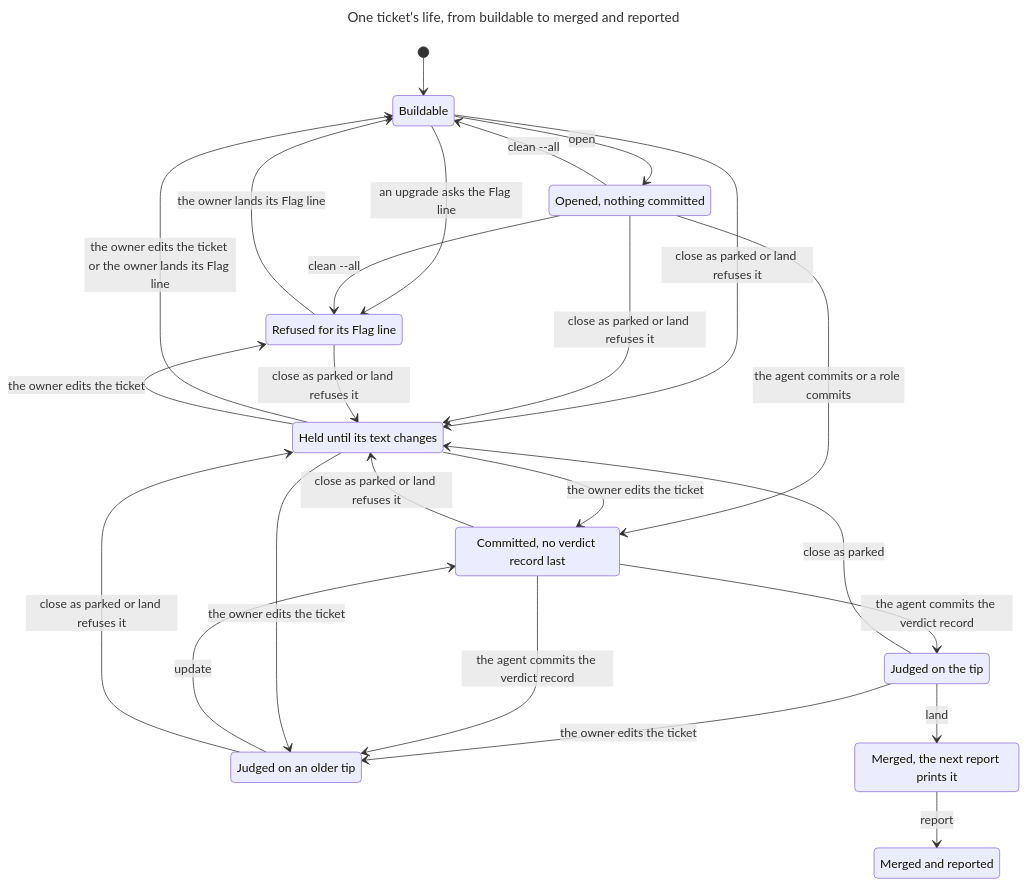
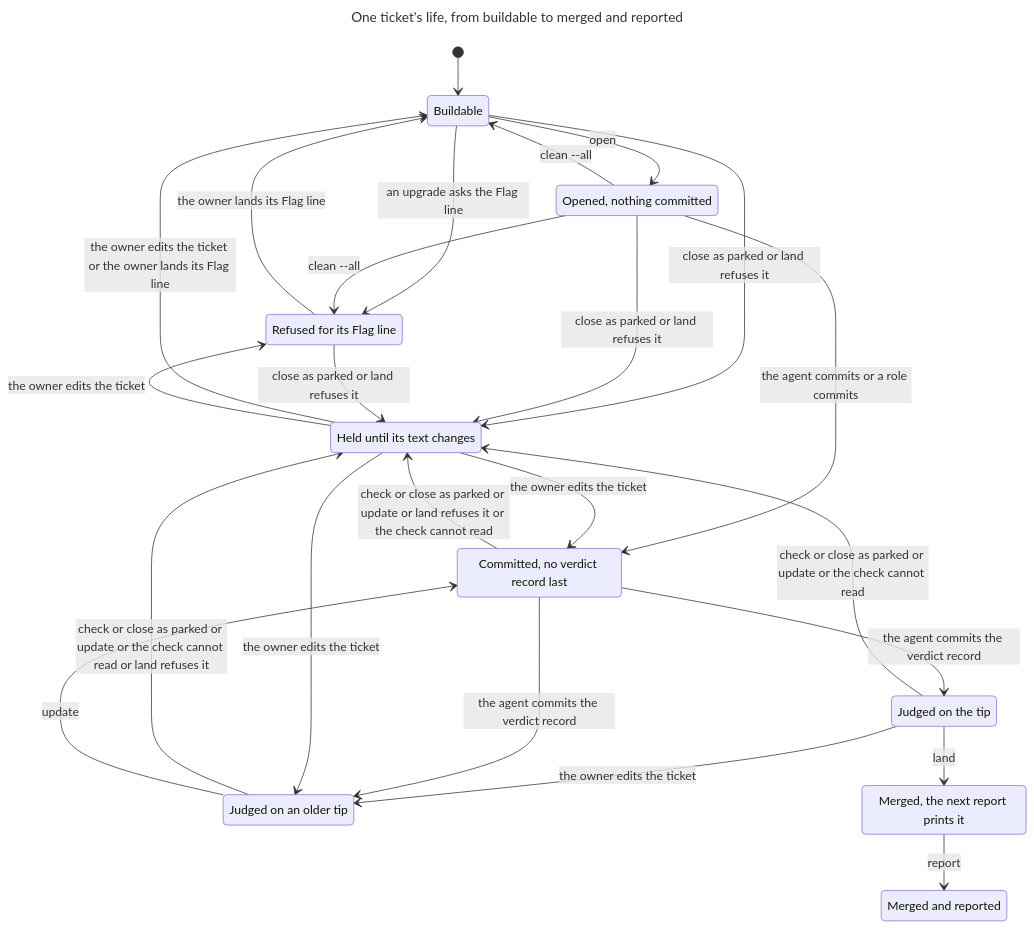
Before and after one commit to Simon-GitHub-Code/ratchet: the first of 11 diagrams in docs/model/drain.md, drawn with Mermaid. The commit also changed other lines of this file and 2 other files, not shown here.

First line of the commit message:
docs(model): the drain page draws the publish check and rules 11a and 11b

````diff
--- a/docs/model/drain.md
+++ b/docs/model/drain.md
@@ -232,38 +243,38 @@
 ```mermaid
 ---
 title: "One ticket's life, from buildable to merged and reported"
 ---
 stateDiagram-v2
   s0: Buildable
   s1: Opened, nothing committed
   s2: Held until its text changes
   s3: Refused for its Flag line
   s4: Committed, no verdict record last
   s5: Judged on the tip
   s6: Judged on an older tip
   s7: Merged, the next report prints it
   s8: Merged and reported
   [*] --> s0
   s0 --> s1: open
   s0 --> s2: close as parked or land refuses it
   s0 --> s3: an upgrade asks the Flag line
   s1 --> s0: clean --all
   s1 --> s3: clean --all
   s1 --> s4: the agent commits or a role commits
   s1 --> s2: close as parked or land refuses it
   s2 --> s0: the owner edits the ticket or the owner lands its Flag line
   s2 --> s3: the owner edits the ticket
   s3 --> s2: close as parked or land refuses it
   s3 --> s0: the owner lands its Flag line
   s4 --> s5: the agent commits the verdict record
-  s4 --> s2: close as parked or land refuses it
-  s5 --> s2: close as parked
+  s4 --> s2: check or close as parked or update or land refuses it or the check cannot read
+  s5 --> s2: check or close as parked or update or the check cannot read
   s5 --> s6: the owner edits the ticket
-  s5 --> s7: land
   s2 --> s4: the owner edits the ticket
   s4 --> s6: the agent commits the verdict record
   s2 --> s6: the owner edits the ticket
+  s6 --> s2: check or close as parked or update or the check cannot read or land refuses it
+  s5 --> s7: land
   s6 --> s4: update
-  s6 --> s2: close as parked or land refuses it
   s7 --> s8: report
 ```
````
